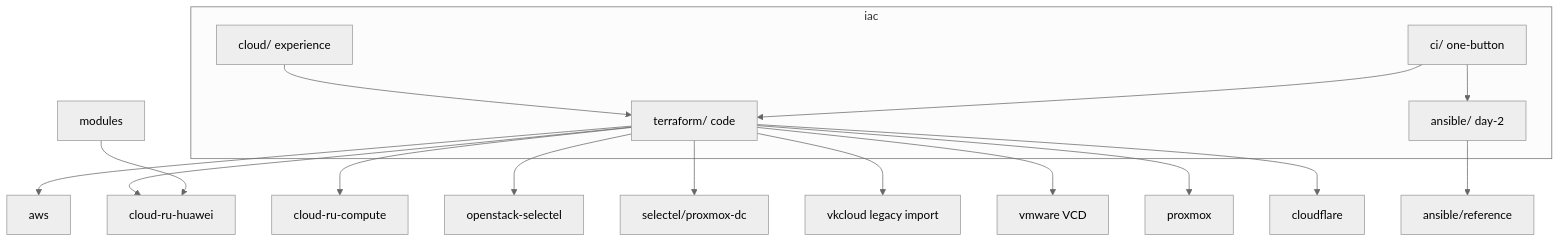
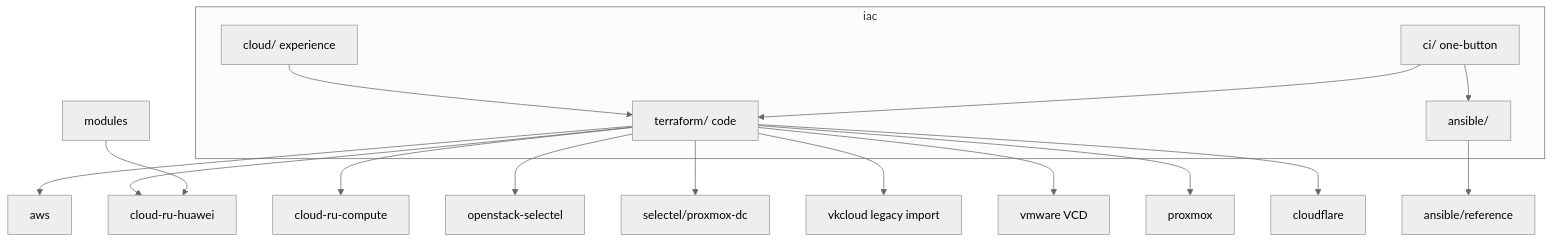
Before and after one commit to NarberallGamma/narberall-platform-engineer-lab: the second of 4 diagrams in README.md, drawn with Mermaid (neutral theme). The commit also changed other lines of this file and 808 other files, not shown here.

````diff
--- a/README.md
+++ b/README.md
@@ -290,23 +294,23 @@
 ```mermaid
 flowchart TB
   subgraph iac [iac]
     Cloud[cloud/ experience]
     TF[terraform/ code]
-    ANS[ansible/ day-2]
+    ANS[ansible/]
     CI[ci/ one-button]
   end
   Cloud --> TF
   ANS --> RefA[ansible/reference]
   CI --> TF
   CI --> ANS
   TF --> AWS[aws]
   TF --> CR[cloud-ru-huawei]
   TF --> CRC[cloud-ru-compute]
   TF --> OS[openstack-selectel]
   TF --> SEL[selectel/proxmox-dc]
   TF --> VK[vkcloud legacy import]
   TF --> VMw[vmware VCD]
   TF --> PX[proxmox]
   TF --> CF[cloudflare]
   Mods[modules] --> CR
 ```
````
